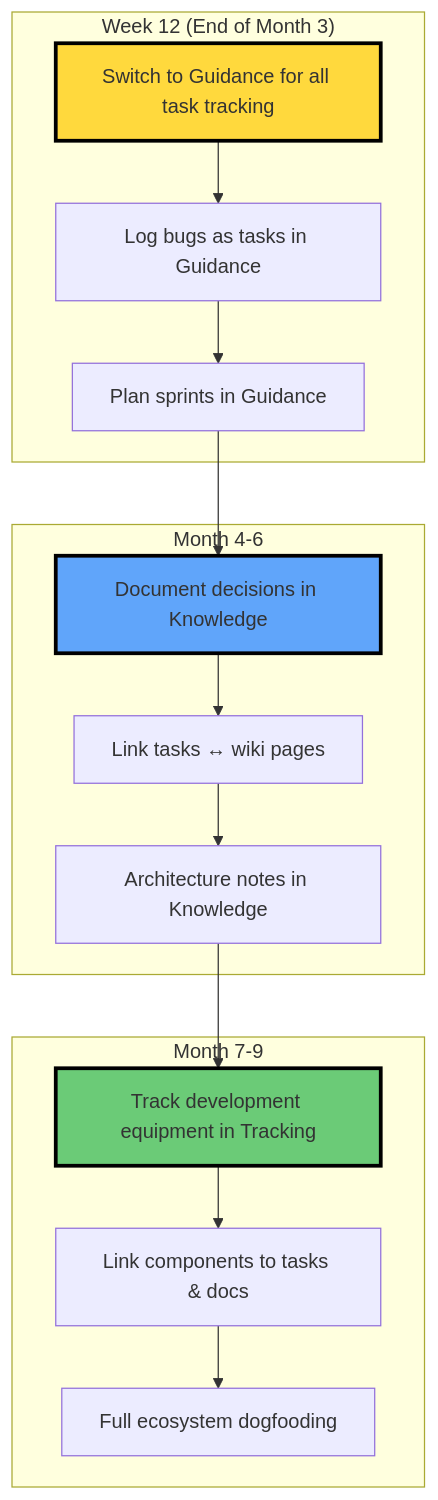
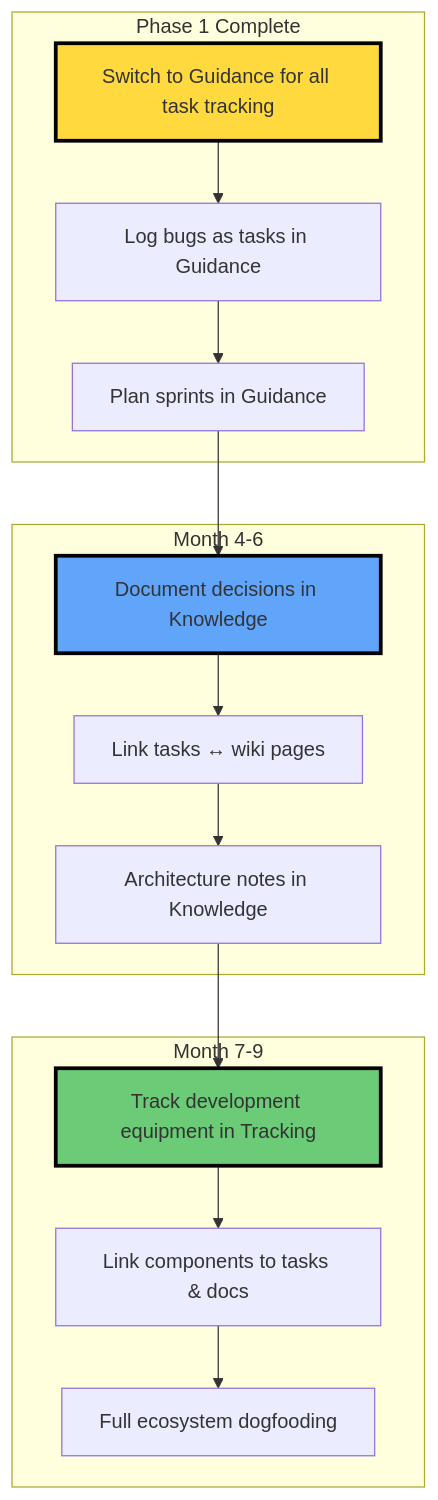
One commit to getaltair/altair changed the sixth of 6 diagrams in docs/DEVELOPMENT-ROADMAP.md. Above: the diagram before and after it, drawn with Mermaid. The commit also changed other lines of this file and 56 other files, not shown here.

First line of the commit message:
feat(mobile): complete Phase 1.5 with CI/CD and testing infrastructure (#28)

````diff
--- a/docs/DEVELOPMENT-ROADMAP.md
+++ b/docs/DEVELOPMENT-ROADMAP.md
@@ -599,30 +687,30 @@
 ```mermaid
 graph TB
-    subgraph "Week 12 (End of Month 3)"
+    subgraph "Phase 1 Complete"
         D1[Switch to Guidance for all task tracking]
         D2[Log bugs as tasks in Guidance]
         D3[Plan sprints in Guidance]
     end
 
     subgraph "Month 4-6"
         D4[Document decisions in Knowledge]
         D5[Link tasks ↔ wiki pages]
         D6[Architecture notes in Knowledge]
     end
 
     subgraph "Month 7-9"
         D7[Track development equipment in Tracking]
         D8[Link components to tasks & docs]
         D9[Full ecosystem dogfooding]
     end
 
     D1 --> D2 --> D3
     D3 --> D4
     D4 --> D5 --> D6
     D6 --> D7
     D7 --> D8 --> D9
 
     style D1 fill:#FFD93D,stroke:#000,stroke-width:3px
     style D4 fill:#60A5FA,stroke:#000,stroke-width:3px
     style D7 fill:#6BCB77,stroke:#000,stroke-width:3px
 ```
````
